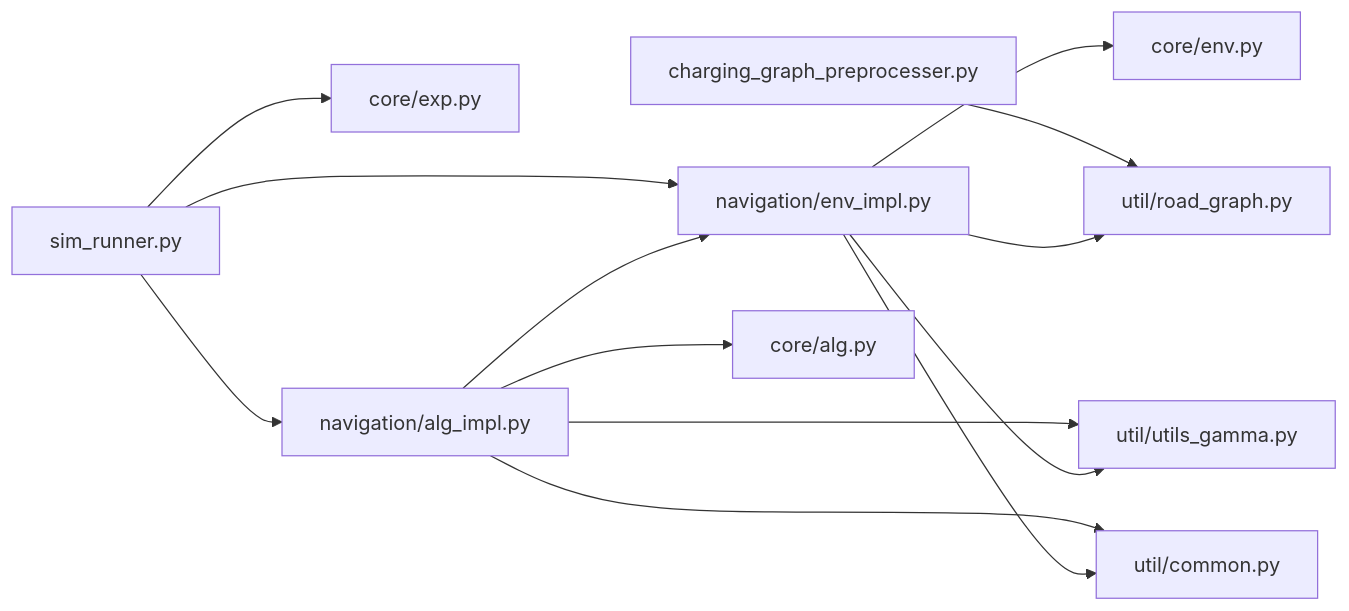
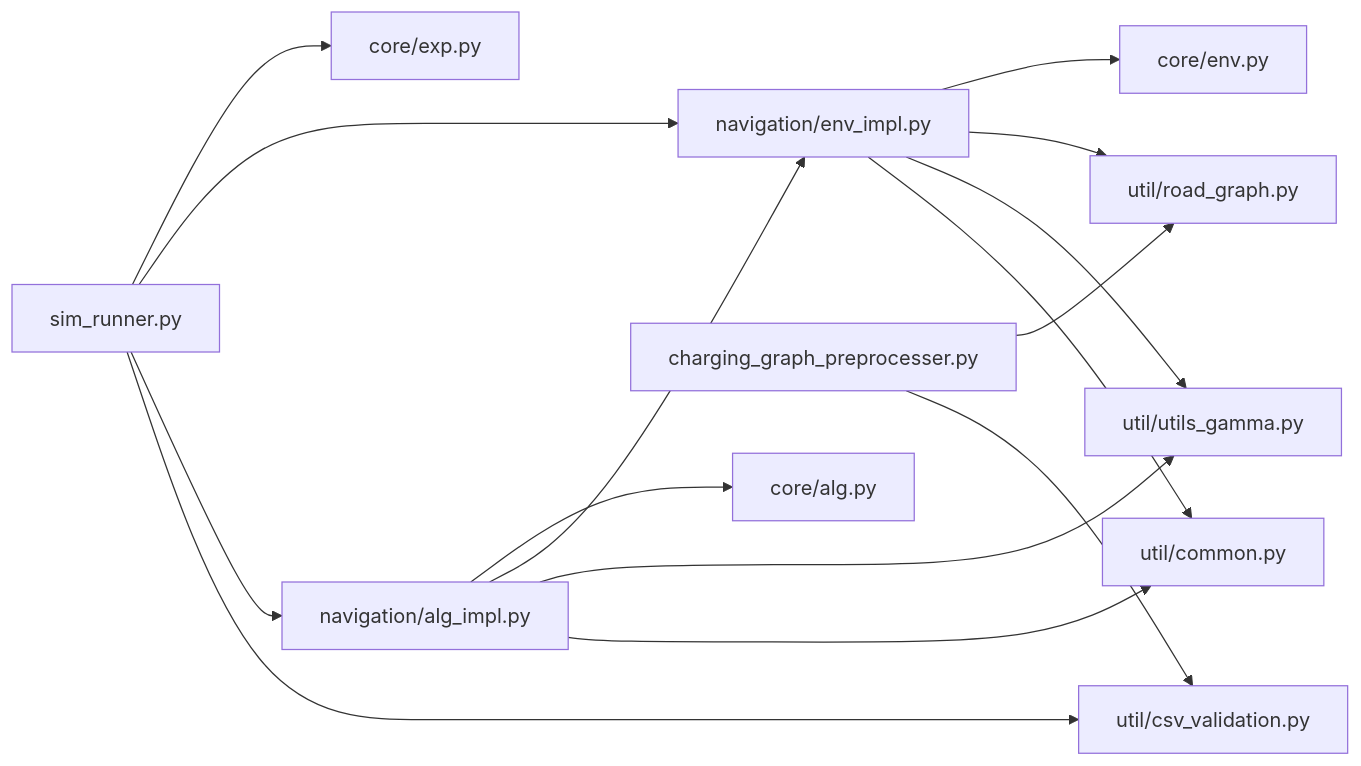
One commit to abhirishi1/eene-nav-bandit-sim changed the diagram in docs/wiki/Dependencies.md. Above: the diagram before and after it, drawn with Mermaid. The commit also changed other lines of this file and 8 other files, not shown here.

````diff
--- a/docs/wiki/Dependencies.md
+++ b/docs/wiki/Dependencies.md
@@ -28,15 +28,17 @@
 ```mermaid
 flowchart LR
     SIM[sim_runner.py] --> EXP[core/exp.py]
     SIM --> ENVI[navigation/env_impl.py]
     SIM --> ALGI[navigation/alg_impl.py]
     PRE[charging_graph_preprocesser.py] --> RG[util/road_graph.py]
+    PRE --> CV[util/csv_validation.py]
+    SIM --> CV
     ALGI --> CALG[core/alg.py]
     ALGI --> ENVI
     ALGI --> UG[util/utils_gamma.py]
     ALGI --> CM[util/common.py]
     ENVI --> CENV[core/env.py]
     ENVI --> RG
     ENVI --> UG
     ENVI --> CM
 ```
````
